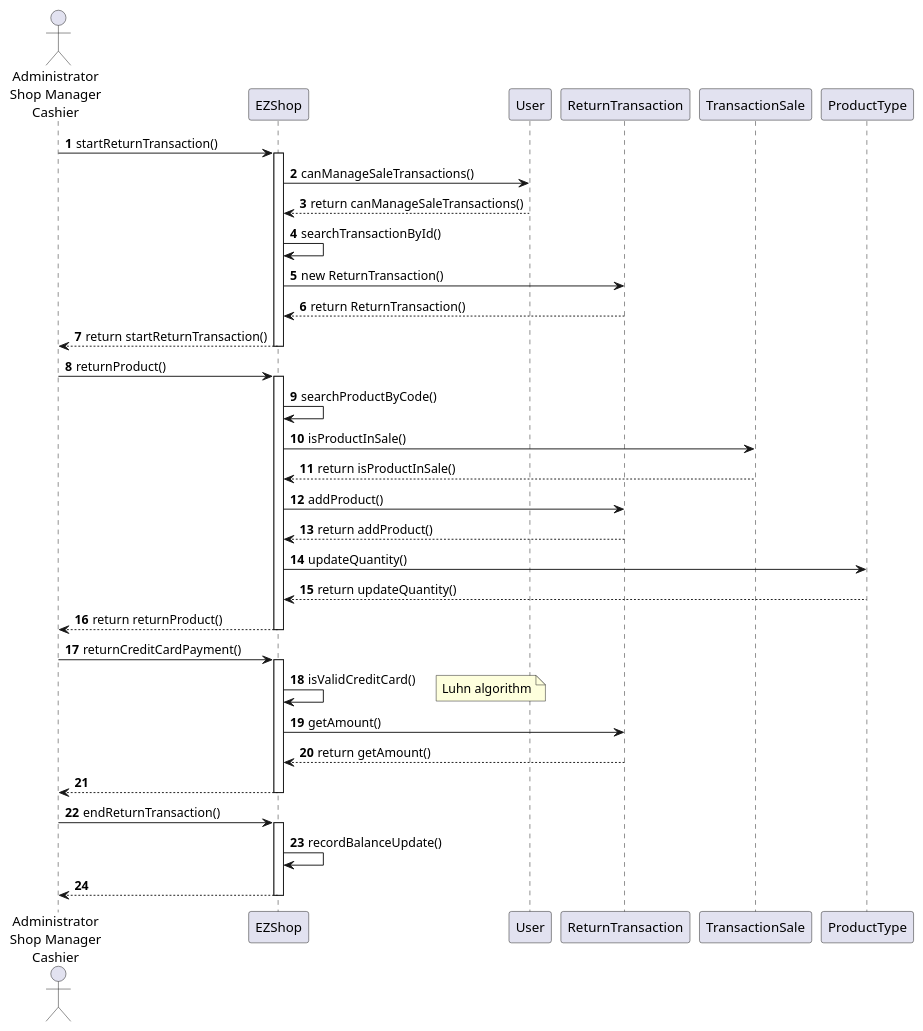
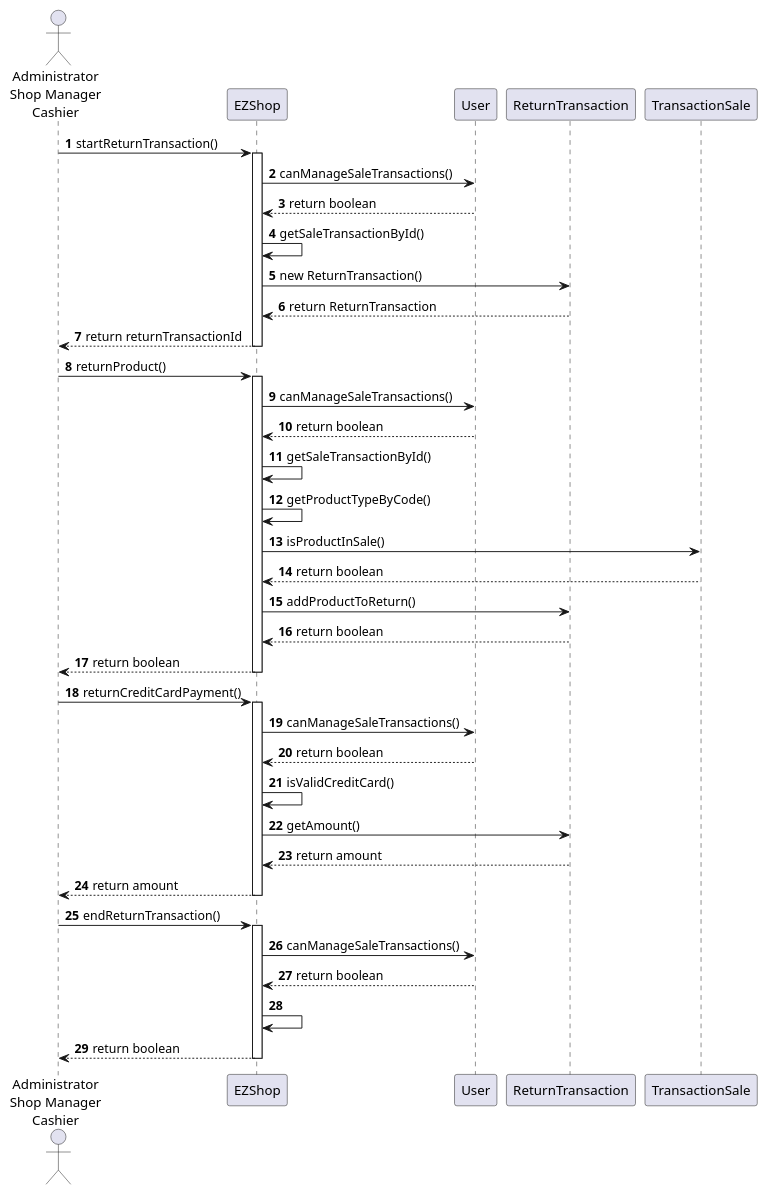
One commit to gioele-scaletta/EZShop-Software-Engineering-Project changed diagram 13 of 15 in Deliverables/DesignDocument.md. Above: the diagram before and after it, drawn with PlantUML. The commit also changed other lines of this file, not shown here.

Commit message:
docs: update sequence diagrams for scenarios 8.1, 8.2, 9.1, 10.1, 10.2

````diff
--- a/Deliverables/DesignDocument.md
+++ b/Deliverables/DesignDocument.md
@@ -582,41 +582,45 @@
 ```plantuml
 actor "Administrator\nShop Manager\nCashier" as user
 
 autonumber
 user -> EZShop : startReturnTransaction()
 activate  EZShop
 EZShop -> User : canManageSaleTransactions()
-EZShop <-- User : return canManageSaleTransactions()
-EZShop -> EZShop : searchTransactionById()
+EZShop <-- User : return boolean
+EZShop -> EZShop : getSaleTransactionById()
 EZShop -> ReturnTransaction : new ReturnTransaction()
-EZShop <-- ReturnTransaction : return ReturnTransaction()
-user <-- EZShop : return startReturnTransaction()
+EZShop <-- ReturnTransaction : return ReturnTransaction
+user <-- EZShop : return returnTransactionId
 deactivate EZShop
 
 user -> EZShop : returnProduct()
 activate EZShop
-EZShop -> EZShop : searchProductByCode()
+EZShop -> User : canManageSaleTransactions()
+EZShop <-- User : return boolean
+EZShop -> EZShop : getSaleTransactionById()
+EZShop -> EZShop : getProductTypeByCode()
 EZShop -> TransactionSale : isProductInSale()
-EZShop <-- TransactionSale : return isProductInSale()
-EZShop -> ReturnTransaction : addProduct()
-EZShop <-- ReturnTransaction : return addProduct()
-EZShop -> ProductType : updateQuantity()
-EZShop <-- ProductType : return updateQuantity()
-user <-- EZShop : return returnProduct()
+EZShop <-- TransactionSale : return boolean
+EZShop -> ReturnTransaction : addProductToReturn()
+EZShop <-- ReturnTransaction : return boolean
+user <-- EZShop : return boolean
 deactivate EZShop
 
 user -> EZShop : returnCreditCardPayment()
 activate EZShop
+EZShop -> User : canManageSaleTransactions()
+EZShop <-- User : return boolean
 EZShop -> EZShop : isValidCreditCard()
-note right: Luhn algorithm
 EZShop -> ReturnTransaction : getAmount()
-EZShop <-- ReturnTransaction : return getAmount()
-user <-- EZShop
+EZShop <-- ReturnTransaction : return amount
+user <-- EZShop : return amount
 deactivate EZShop
 
 user -> EZShop : endReturnTransaction()
 activate EZShop
-EZShop -> EZShop : recordBalanceUpdate()
-user <-- EZShop
+EZShop -> User : canManageSaleTransactions()
+EZShop <-- User : return boolean
+EZShop -> EZShop
+user <-- EZShop : return boolean
 deactivate EZShop
 ```
````
